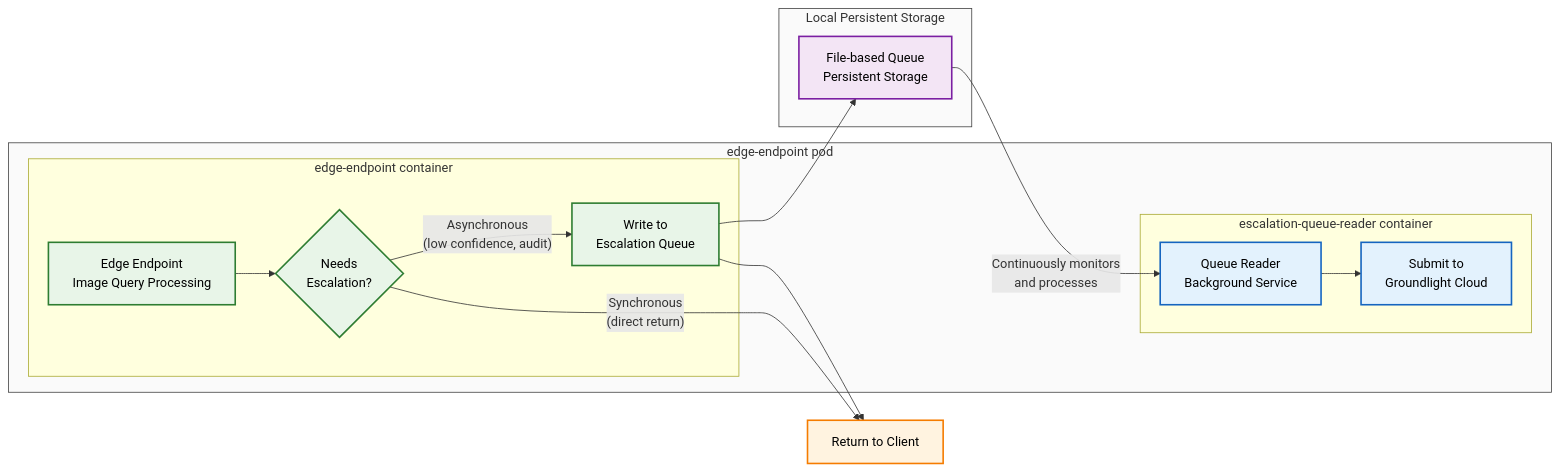
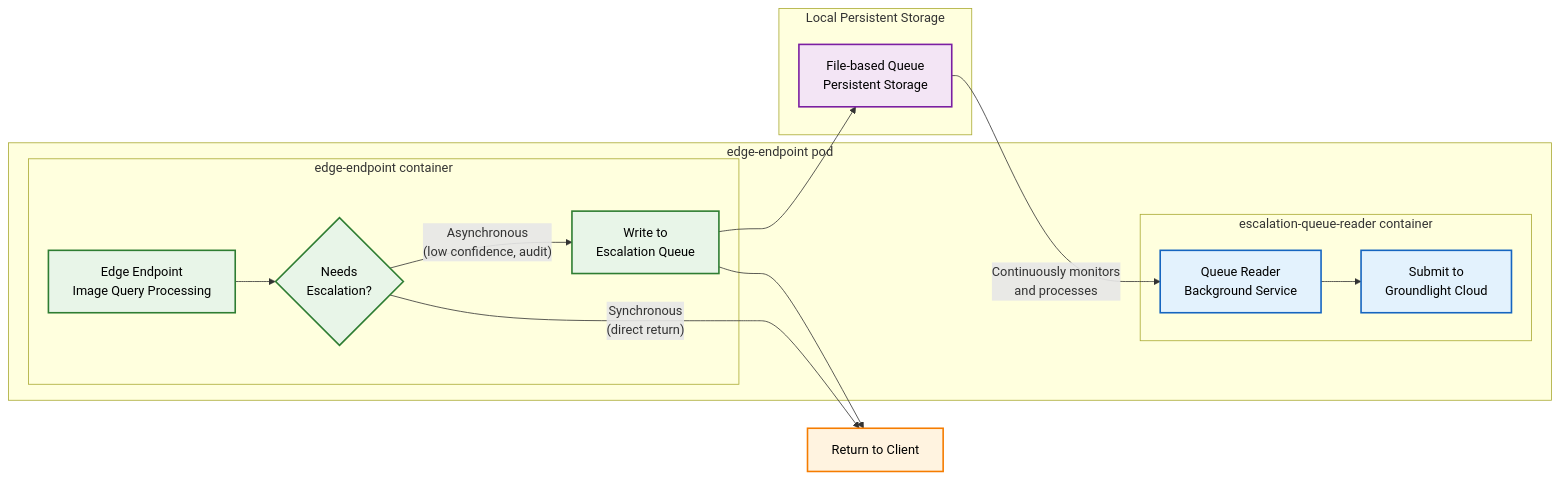
One commit to groundlight/edge-endpoint changed the diagram in ESCALATION-QUEUE.md. Above: the diagram before and after it, drawn with Mermaid.

Commit message:
maybe working well enough

````diff
--- a/ESCALATION-QUEUE.md
+++ b/ESCALATION-QUEUE.md
@@ -11,48 +11,43 @@
 ```mermaid
+%%{init: {"flowchart": {"subGraphTitleMargin": {"top": 0, "bottom": 10}}}}%%
 flowchart LR
     subgraph POD ["edge-endpoint pod"]
         subgraph CONT1 ["edge-endpoint container"]
             EDGE[Edge Endpoint<br/>Image Query Processing]
             DECISION{Needs<br/>Escalation?}
             QUEUE_WRITE[Write to<br/>Escalation Queue]
         end
         
         subgraph CONT2 ["escalation-queue-reader container"]
-            QUEUE_READ[Queue Reader<br/>Background Service]
-            CLOUD_SUBMIT[Submit to<br/>Groundlight Cloud]
+            QUEUE_READ["    Queue Reader    <br/>    Background Service    "]
+            CLOUD_SUBMIT["    Submit to    <br/>    Groundlight Cloud    "]
         end
     end
     
     subgraph STORAGE ["Local Persistent Storage"]
         QUEUE[File-based Queue<br/>Persistent Storage]
     end
     
     %% Main Flow
     EDGE --> DECISION
     DECISION -->|"Asynchronous<br/>(low confidence, audit)"| QUEUE_WRITE
     DECISION -->|"Synchronous<br/>(direct return)"| RESPONSE[Return to Client]
     QUEUE_WRITE --> QUEUE
     QUEUE_WRITE --> RESPONSE
     
     %% Background Flow
     QUEUE --> |Continuously monitors<br/>and processes| QUEUE_READ
     QUEUE_READ --> CLOUD_SUBMIT
     
     %% Individual node styling
     classDef nodeMain fill:#e8f5e8,stroke:#2e7d32,stroke-width:2px,color:#000000
     classDef nodeStorage fill:#f3e5f5,stroke:#7b1fa2,stroke-width:2px,color:#000000
     classDef nodeBackground fill:#e3f2fd,stroke:#1565c0,stroke-width:2px,color:#000000
     classDef nodeResponse fill:#fff3e0,stroke:#f57c00,stroke-width:2px,color:#000000
     
-    %% Subgraph styling (big container backgrounds)
-    classDef subgraphOffWhite fill:#fafafa,stroke:#424242,stroke-width:1px
-    
     %% Apply node styles (individual rectangles/shapes)
     class EDGE,DECISION,QUEUE_WRITE nodeMain
     class QUEUE nodeStorage
     class QUEUE_READ,CLOUD_SUBMIT nodeBackground
     class RESPONSE nodeResponse
-    
-    %% Apply subgraph styles (big container backgrounds)
-    class POD,STORAGE subgraphOffWhite
 ```
````
